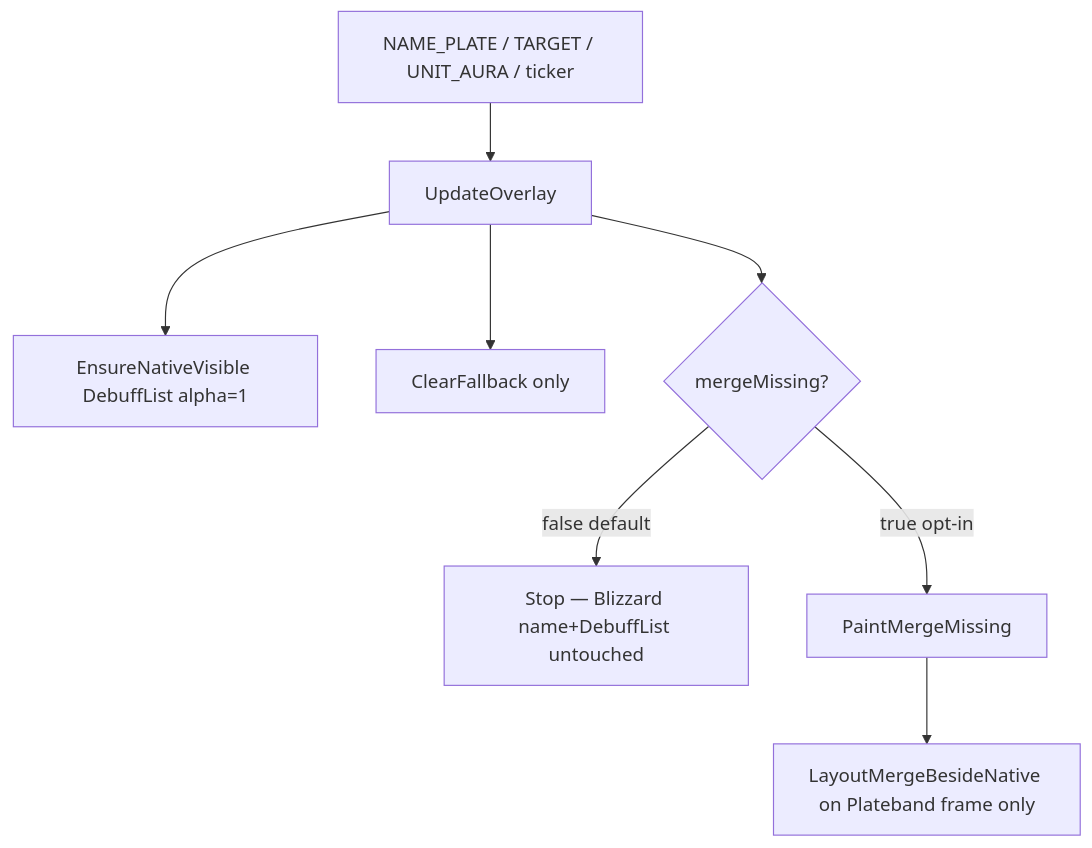
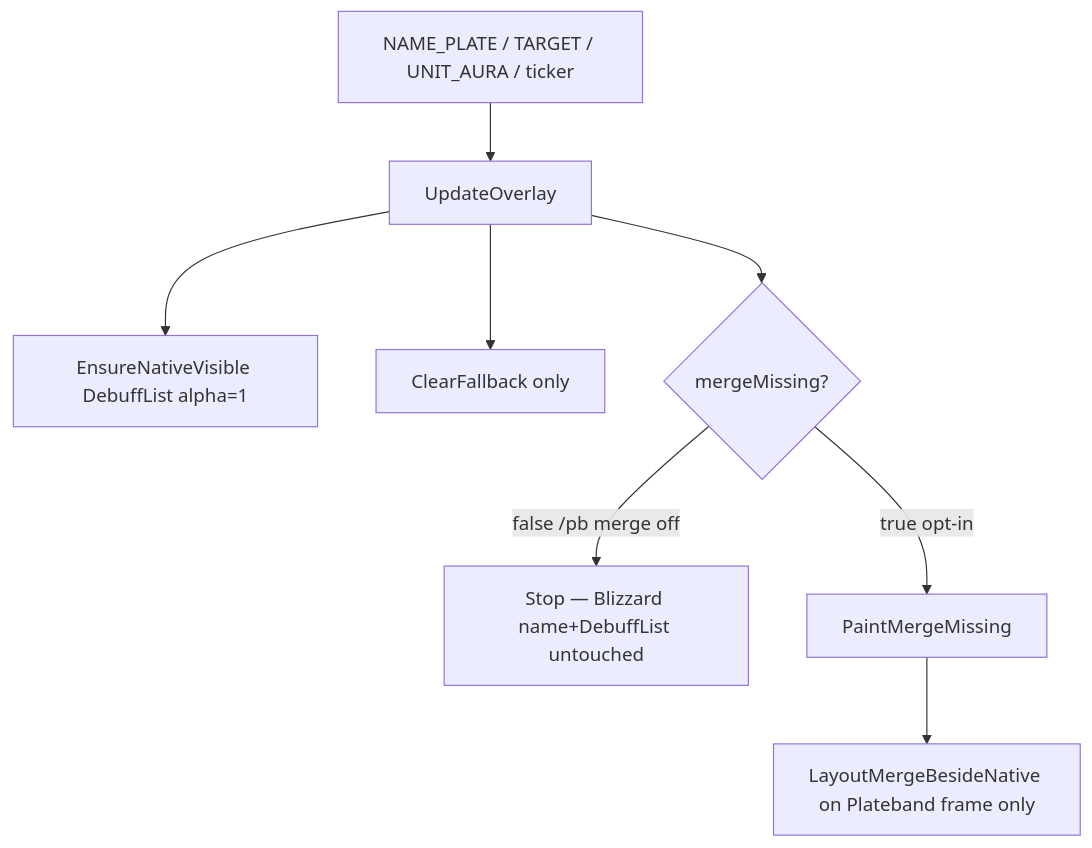
The diagram in addons/Plateband/Docs/loops.md (sirTurbisCZ/wow-forever-addons), drawn with Mermaid before and after one commit. The commit also changed other lines of this file and 8 other files, not shown here.

First line of the commit message:
feat(Plateband): default merge on (0.1.15, schema 7)

````diff
--- a/addons/Plateband/Docs/loops.md
+++ b/addons/Plateband/Docs/loops.md
@@ -9,10 +9,10 @@
 ```mermaid
 flowchart TD
   ev[NAME_PLATE / TARGET / UNIT_AURA / ticker] --> upd[UpdateOverlay]
   upd --> native[EnsureNativeVisible DebuffList alpha=1]
   upd --> clear[ClearFallback only]
   upd --> mergeFlag{mergeMissing?}
-  mergeFlag -->|false default| stop[Stop — Blizzard name+DebuffList untouched]
+  mergeFlag -->|false /pb merge off| stop[Stop — Blizzard name+DebuffList untouched]
   mergeFlag -->|true opt-in| paint[PaintMergeMissing]
   paint --> layout[LayoutMergeBesideNative on Plateband frame only]
 ```
````
